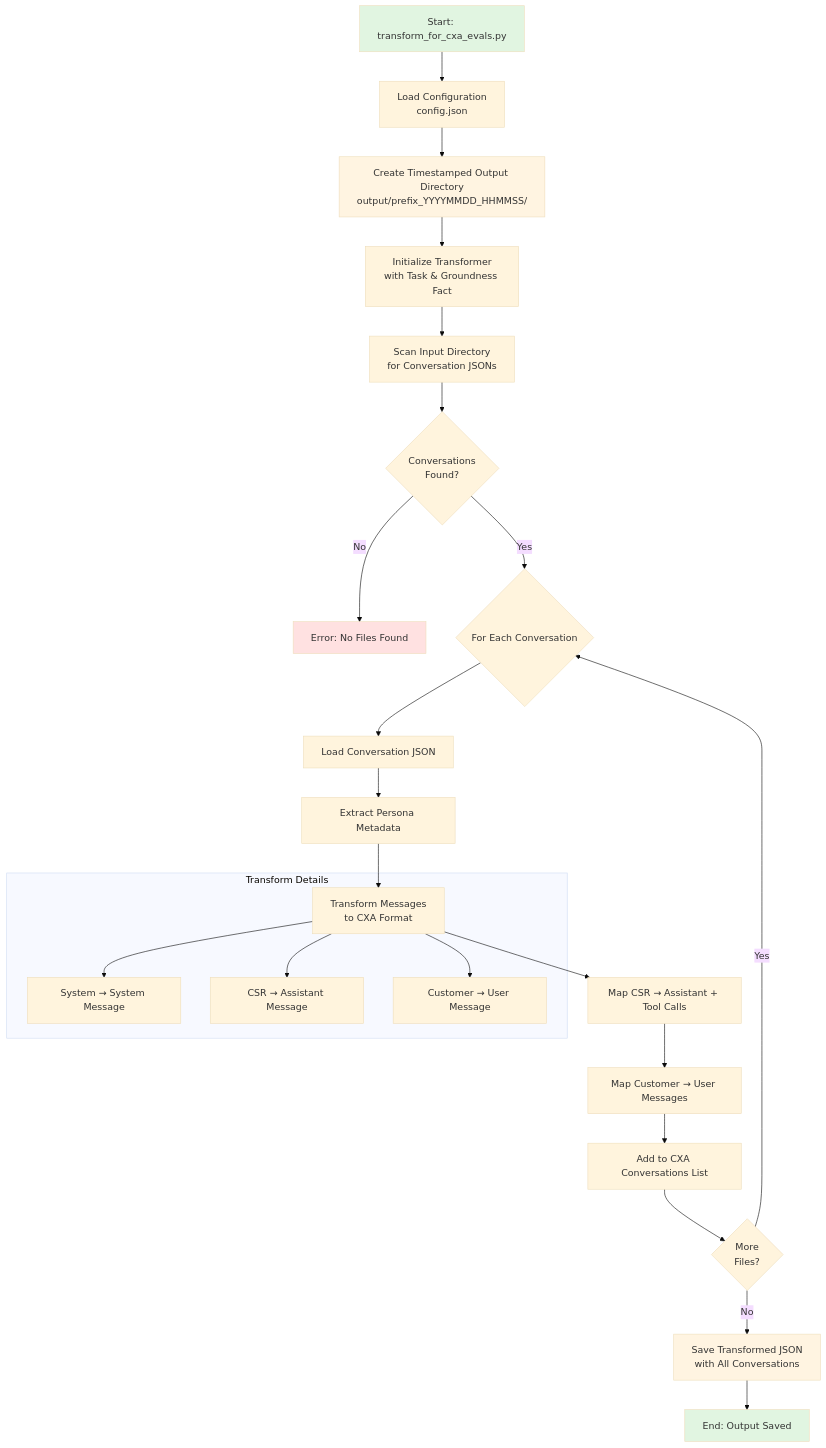
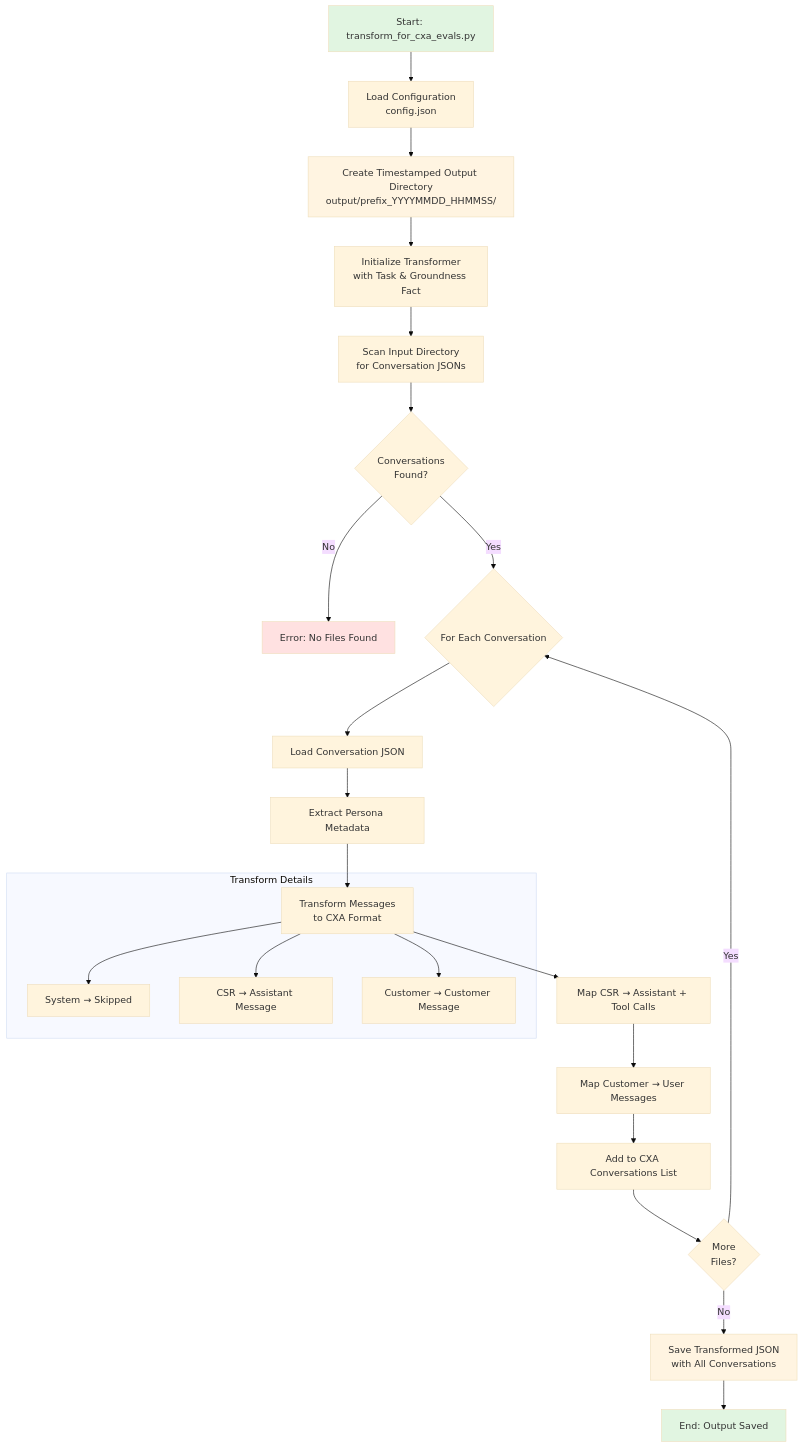
The diagram in cxa_evals_transformer/README.md (taponidhi-ms/simulation-agent-evals), drawn with Mermaid (base theme) before and after one commit. The commit also changed other lines of this file and 2 other files, not shown here.

First line of the commit message:
Remove system message from CXA conversation transformation and rename roles to Customer/Assistant (#24)

````diff
--- a/cxa_evals_transformer/README.md
+++ b/cxa_evals_transformer/README.md
@@ -7,32 +7,32 @@
 ```mermaid
 flowchart TD
     A[Start: transform_for_cxa_evals.py] --> B[Load Configuration<br/>config.json]
     B --> C[Create Timestamped Output Directory<br/>output/prefix_YYYYMMDD_HHMMSS/]
     C --> D[Initialize Transformer<br/>with Task & Groundness Fact]
     D --> E[Scan Input Directory<br/>for Conversation JSONs]
     E --> F{Conversations<br/>Found?}
     F -->|No| G[Error: No Files Found]
     F -->|Yes| H{For Each Conversation}
     H --> I[Load Conversation JSON]
     I --> J[Extract Persona Metadata]
     J --> K[Transform Messages<br/>to CXA Format]
     K --> L[Map CSR → Assistant + Tool Calls]
     L --> M[Map Customer → User Messages]
     M --> N[Add to CXA Conversations List]
     N --> O{More<br/>Files?}
     O -->|Yes| H
     O -->|No| P[Save Transformed JSON<br/>with All Conversations]
     P --> Q[End: Output Saved]
     
     style A fill:#e1f5e1
     style G fill:#ffe1e1
     style Q fill:#e1f5e1
     style C fill:#fff4e1
     style P fill:#fff4e1
     
     subgraph Transform Details
-        K --> K1[System → System Message]
+        K --> K1[System → Skipped]
         K --> K2[CSR → Assistant Message]
-        K --> K3[Customer → User Message]
+        K --> K3[Customer → Customer Message]
     end
 ```
````
